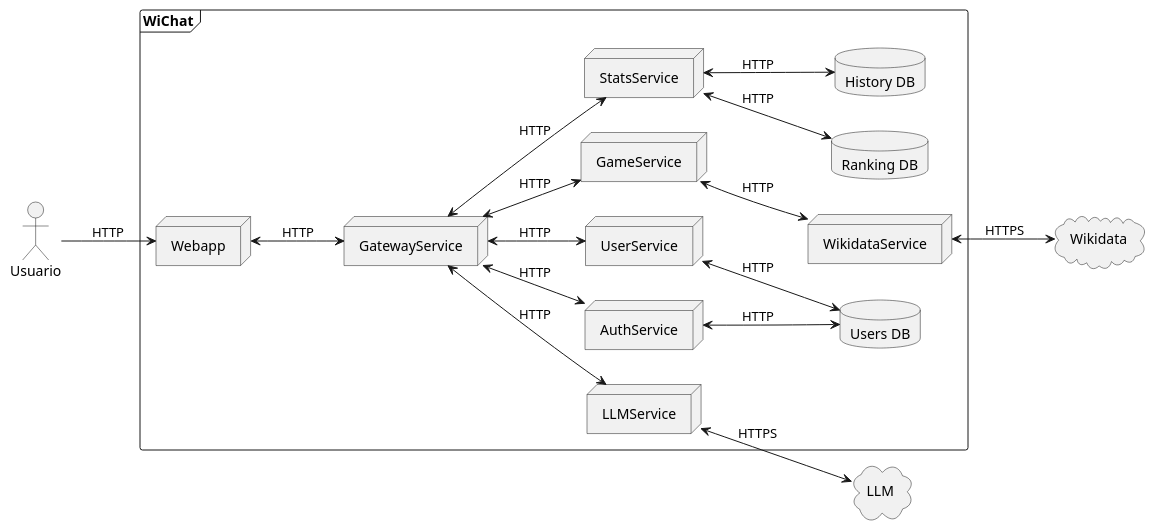
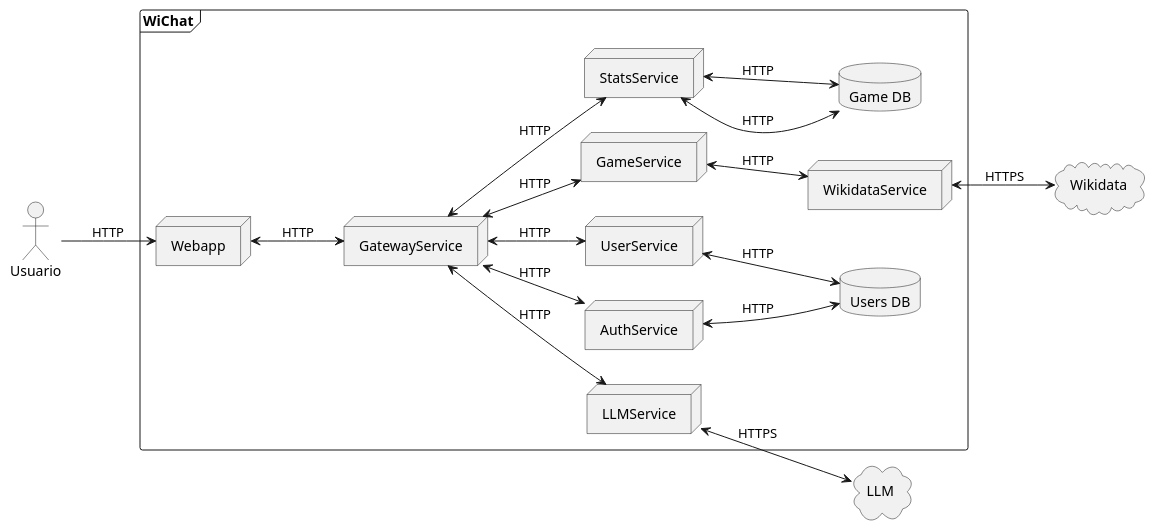
One commit to Arquisoft/wichat_es5b changed the second of 2 diagrams in docs/src/03_context_and_scope.adoc. Above: the diagram before and after it, drawn with PlantUML. The commit also changed other lines of this file, not shown here.

Commit message:
Cambio en el punto 3 de la documentacion

```diff
--- a/docs/src/03_context_and_scope.adoc
+++ b/docs/src/03_context_and_scope.adoc
@@ -113,55 +113,55 @@
 [plantuml,"Contexto tecnico",png]
 ----
 @startuml
 skinparam monochrome true
 left to right direction
 
 actor "Usuario"
 
 frame WiChat {
     node "Webapp"
 
     node "GatewayService"
 
     node "UserService"
 
     node "AuthService"
 
     node "LLMService"
 
     node "WikidataService"
 
     node "GameService"
 
     node "StatsService"
 
     database "Users DB"
 
-    database "History DB"
+    database "Game DB"
 
-    database "Ranking DB"
+    database "Game DB"
 }
 
 cloud "Wikidata"
 
 cloud "LLM"
 
 "Usuario" --> "Webapp" : HTTP
 "Webapp" <--> "GatewayService" : HTTP
 "GatewayService" <--> "UserService" : HTTP
 "GatewayService" <--> "AuthService" : HTTP
 "GatewayService" <--> "LLMService" : HTTP
 "GatewayService" <--> "GameService" : HTTP
 "GatewayService" <--> "StatsService" : HTTP
 "GameService" <--> "WikidataService" : HTTP
-"StatsService" <--> "History DB" : HTTP
-"StatsService" <--> "Ranking DB" : HTTP
+"StatsService" <--> "Game DB" : HTTP
+"StatsService" <--> "Game DB" : HTTP
 "UserService" <--> "Users DB" : HTTP
 "AuthService" <--> "Users DB" : HTTP
 
 "LLMService" <--> "LLM" : HTTPS
 "WikidataService" <--> "Wikidata" : HTTPS
 
 
 @enduml
 ----
```
